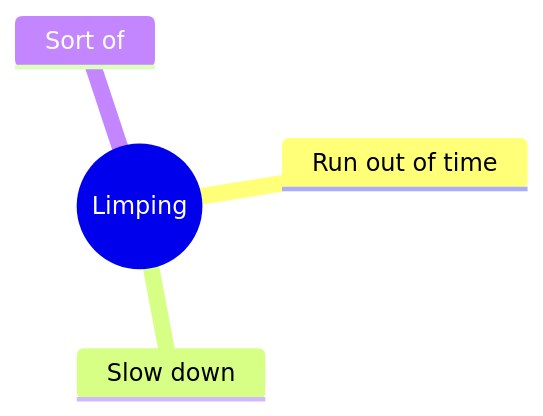
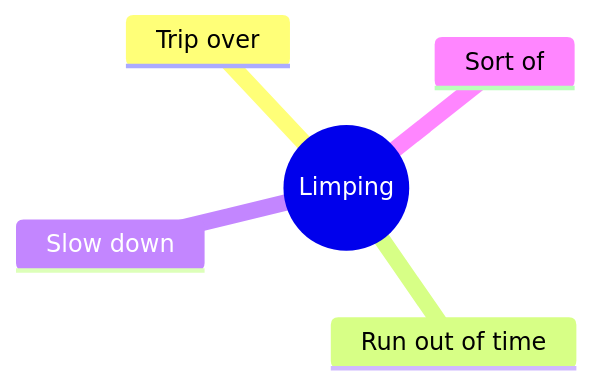
The diagram in limping.md (AndreMaria/english-2026), drawn with Mermaid before and after one commit. The commit also changed 12 other files, not shown here.

````diff
--- a/limping.md
+++ b/limping.md
@@ -9,7 +9,8 @@
 ``` mermaid
 mindmap
   root((Limping))
-        Run out of time
-        Slow down
-        Sort of
+      Trip over
+      Run out of time
+      Slow down
+      Sort of
 ```
````
